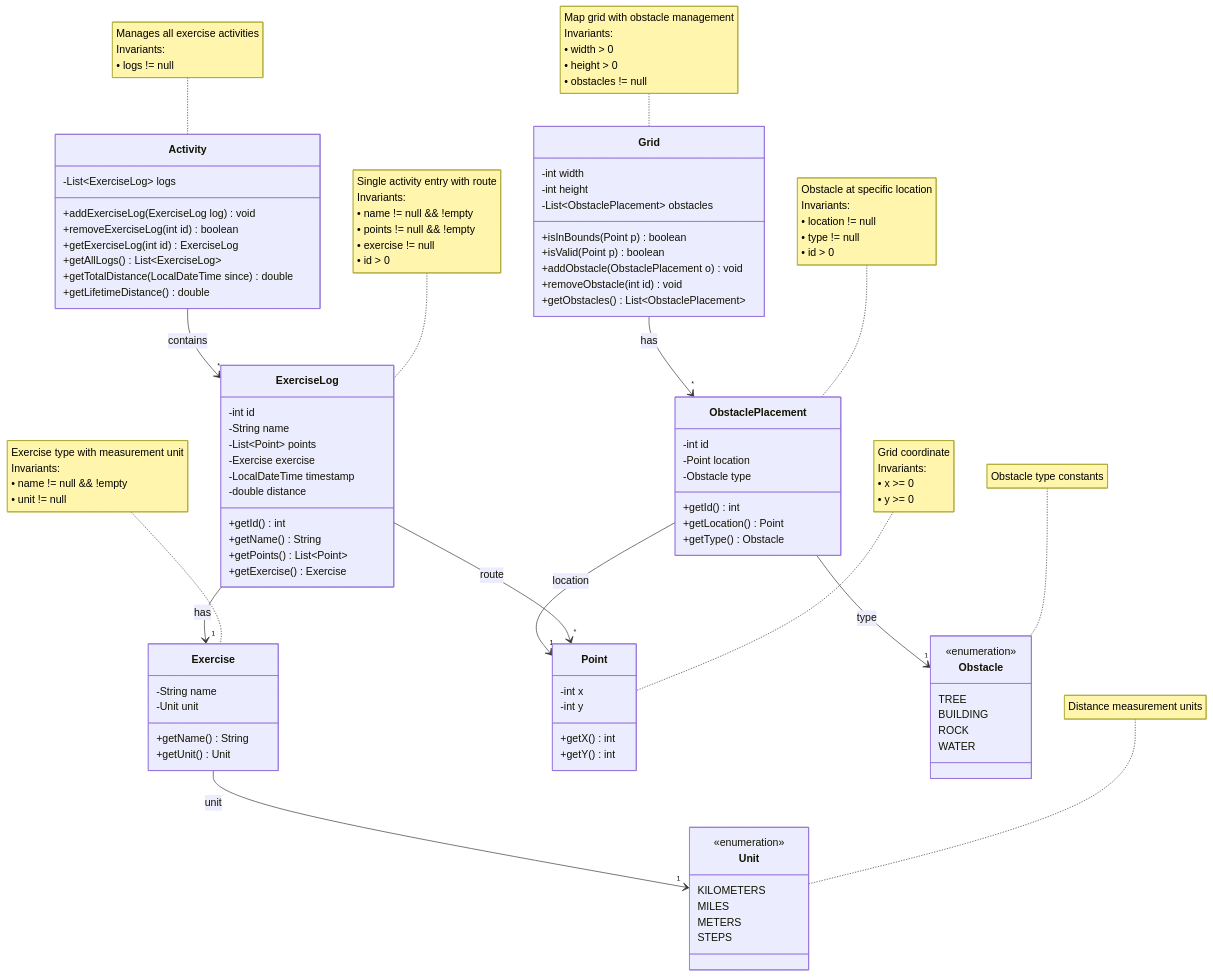
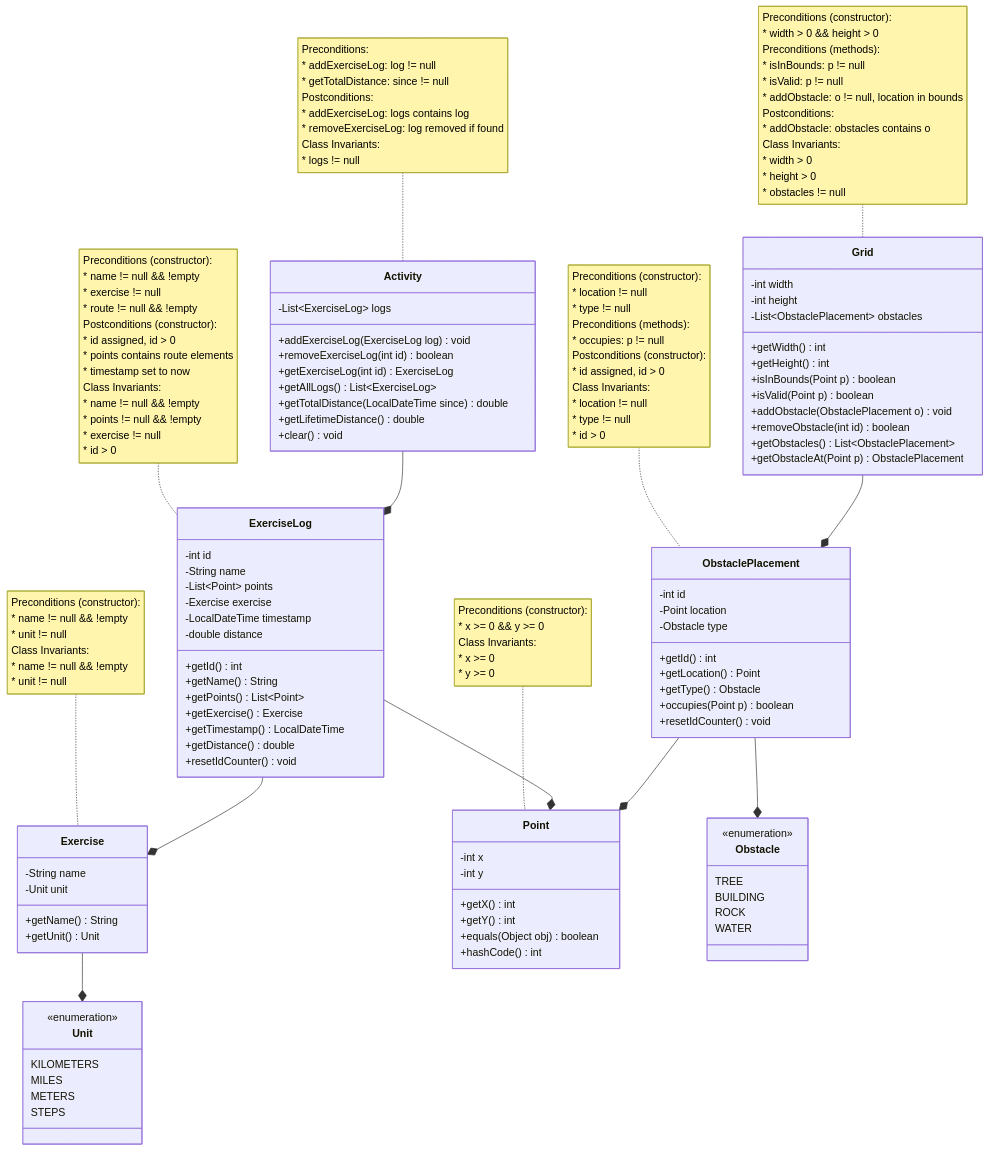
The diagram in README.md (Karan4248/Exercise-Tracker), drawn with Mermaid before and after one commit. The commit also changed 5 other files, not shown here.

````diff
--- a/README.md
+++ b/README.md
@@ -57,10 +57,16 @@
     +getAllLogs() List~ExerciseLog~
     +getTotalDistance(LocalDateTime since) double
     +getLifetimeDistance() double
+    +clear() void
   }
-  note for Activity "Manages all exercise activities
-    Invariants:
-    • logs != null"
+  note for Activity "Preconditions:
+    * addExerciseLog: log != null
+    * getTotalDistance: since != null
+    Postconditions:
+    * addExerciseLog: logs contains log
+    * removeExerciseLog: log removed if found
+    Class Invariants:
+    * logs != null"
 
   class ExerciseLog {
     -int id
@@ -73,13 +79,23 @@
     +getName() String
     +getPoints() List~Point~
     +getExercise() Exercise
+    +getTimestamp() LocalDateTime
+    +getDistance() double
+    +resetIdCounter() void
   }
-  note for ExerciseLog "Single activity entry with route
-    Invariants:
-    • name != null && !empty
-    • points != null && !empty
-    • exercise != null
-    • id > 0"
+  note for ExerciseLog "Preconditions (constructor):
+    * name != null && !empty
+    * exercise != null
+    * route != null && !empty
+    Postconditions (constructor):
+    * id assigned, id > 0
+    * points contains route elements
+    * timestamp set to now
+    Class Invariants:
+    * name != null && !empty
+    * points != null && !empty
+    * exercise != null
+    * id > 0"
 
   class Exercise {
     -String name
@@ -87,37 +103,52 @@
     +getName() String
     +getUnit() Unit
   }
-  note for Exercise "Exercise type with measurement unit
-    Invariants:
-    • name != null && !empty
-    • unit != null"
+  note for Exercise "Preconditions (constructor):
+    * name != null && !empty
+    * unit != null
+    Class Invariants:
+    * name != null && !empty
+    * unit != null"
 
   class Grid {
     -int width
     -int height
     -List~ObstaclePlacement~ obstacles
+    +getWidth() int
+    +getHeight() int
     +isInBounds(Point p) boolean
     +isValid(Point p) boolean
     +addObstacle(ObstaclePlacement o) void
-    +removeObstacle(int id) void
+    +removeObstacle(int id) boolean
     +getObstacles() List~ObstaclePlacement~
+    +getObstacleAt(Point p) ObstaclePlacement
   }
-  note for Grid "Map grid with obstacle management
-    Invariants:
-    • width > 0
-    • height > 0
-    • obstacles != null"
+  note for Grid "Preconditions (constructor):
+    * width > 0 && height > 0
+    Preconditions (methods):
+    * isInBounds: p != null
+    * isValid: p != null
+    * addObstacle: o != null, location in bounds
+    Postconditions:
+    * addObstacle: obstacles contains o
+    Class Invariants:
+    * width > 0
+    * height > 0
+    * obstacles != null"
 
   class Point {
     -int x
     -int y
     +getX() int
     +getY() int
+    +equals(Object obj) boolean
+    +hashCode() int
   }
-  note for Point "Grid coordinate
-    Invariants:
-    • x >= 0
-    • y >= 0"
+  note for Point "Preconditions (constructor):
+    * x >= 0 && y >= 0
+    Class Invariants:
+    * x >= 0
+    * y >= 0"
 
   class ObstaclePlacement {
     -int id
@@ -126,12 +157,20 @@
     +getId() int
     +getLocation() Point
     +getType() Obstacle
+    +occupies(Point p) boolean
+    +resetIdCounter() void
   }
-  note for ObstaclePlacement "Obstacle at specific location
-    Invariants:
-    • location != null
-    • type != null
-    • id > 0"
+  note for ObstaclePlacement "Preconditions (constructor):
+    * location != null
+    * type != null
+    Preconditions (methods):
+    * occupies: p != null
+    Postconditions (constructor):
+    * id assigned, id > 0
+    Class Invariants:
+    * location != null
+    * type != null
+    * id > 0"
 
   class Obstacle {
     <<enumeration>>
@@ -140,7 +179,6 @@
     ROCK
     WATER
   }
-  note for Obstacle "Obstacle type constants"
 
   class Unit {
     <<enumeration>>
@@ -149,13 +187,12 @@
     METERS
     STEPS
   }
-  note for Unit "Distance measurement units"
 
-  Activity --> "*" ExerciseLog : contains
-  ExerciseLog --> "1" Exercise : has
-  ExerciseLog --> "*" Point : route
-  Grid --> "*" ObstaclePlacement : has
-  ObstaclePlacement --> "1" Obstacle : type
-  ObstaclePlacement --> "1" Point : location
-  Exercise --> "1" Unit : unit
+  Activity --* ExerciseLog
+  ExerciseLog --* Exercise
+  ExerciseLog --* Point
+  Grid --* ObstaclePlacement
+  ObstaclePlacement --* Obstacle
+  Exercise --* Unit
+  ObstaclePlacement --* Point
 ```
````
